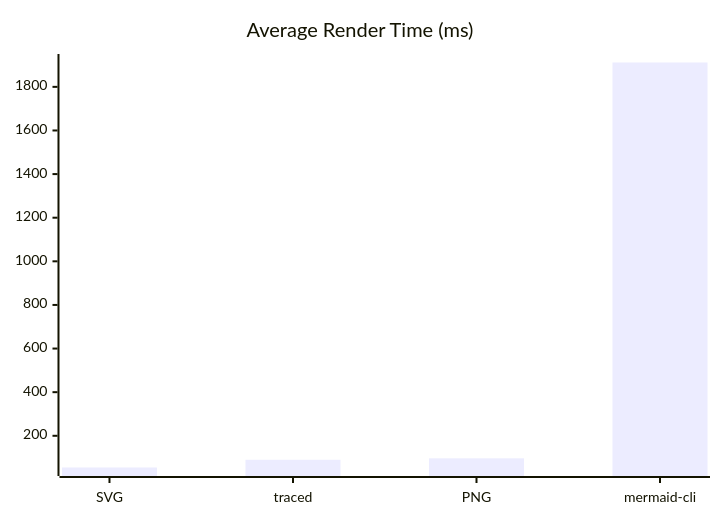
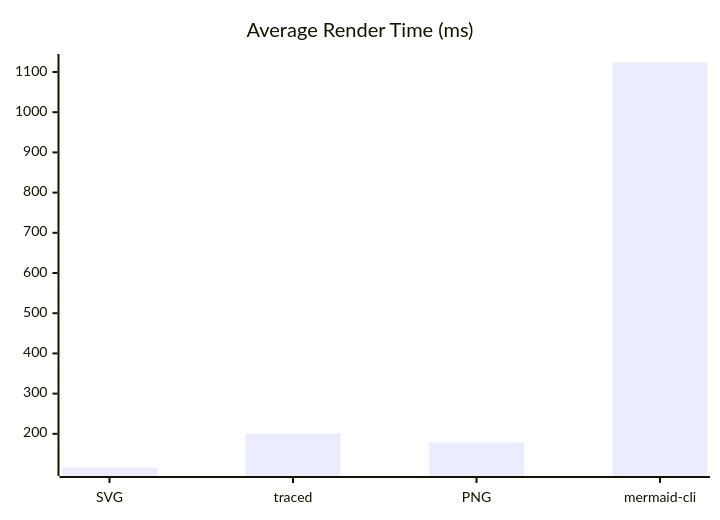
The diagram in README.md (creadri/sebastianjs), drawn with Mermaid before and after one commit. The commit also changed other lines of this file and 104 other files, not shown here.

Commit message:
updated to mermaid-cli mermaidjs version

````diff
--- a/README.md
+++ b/README.md
@@ -205,6 +206,6 @@
 ```mermaid
 xychart-beta
   title "Average Render Time (ms)"
   x-axis ["SVG", "traced", "PNG", "mermaid-cli"]
-  bar [54.58, 89.91, 96.64, 1911.68]
+  bar [116.25, 200.85, 178.33, 1123.60]
 ```
````
